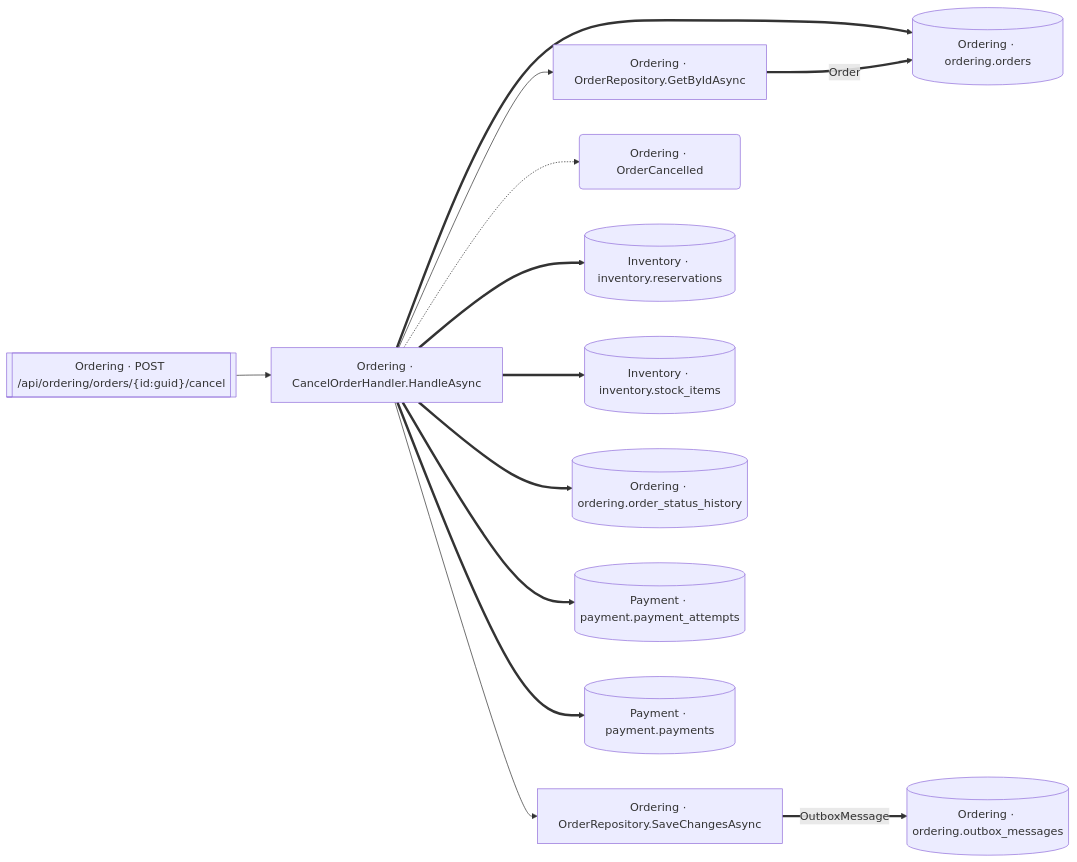
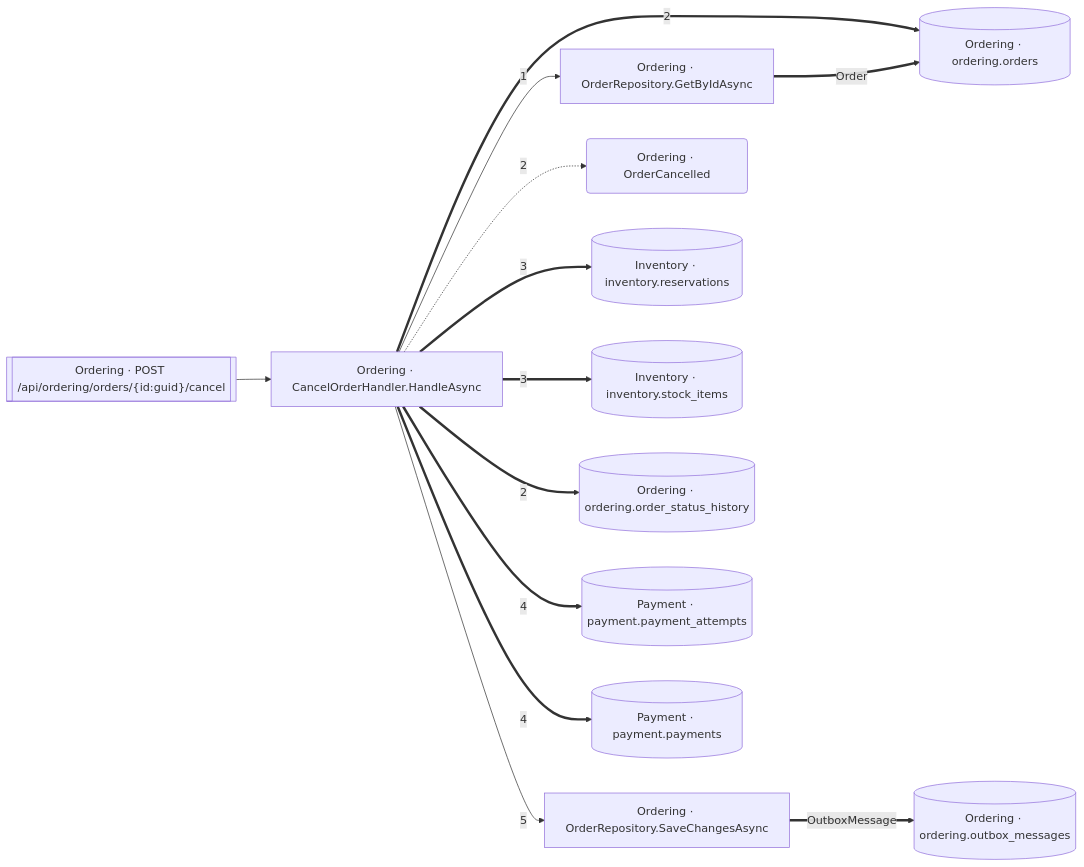
Before and after one commit to onurnafiguzel/FlowLens: the diagram in out/flows/post-api-ordering-orders-id-guid-cancel.md, drawn with Mermaid. The commit also changed other lines of this file and 28 other files, not shown here.

Commit message:
feat(graph): record call sites on CALLS edges and feat(docs): order sibling edges by source position, number call sites and docs: regenerate site with source-ordered flow diagrams

````diff
--- a/out/flows/post-api-ordering-orders-id-guid-cancel.md
+++ b/out/flows/post-api-ordering-orders-id-guid-cancel.md
@@ -7,28 +7,28 @@
 ```mermaid
 flowchart LR
   n0["Ordering · CancelOrderHandler.HandleAsync"]
   n1["Ordering · OrderRepository.GetByIdAsync"]
   n2["Ordering · OrderRepository.SaveChangesAsync"]
   n3[["Ordering · POST /api/ordering/orders/{id:guid}/cancel"]]
   n4("Ordering · OrderCancelled")
   n5[("Inventory · inventory.reservations")]
   n6[("Inventory · inventory.stock_items")]
   n7[("Ordering · ordering.order_status_history")]
   n8[("Ordering · ordering.orders")]
   n9[("Ordering · ordering.outbox_messages")]
   n10[("Payment · payment.payment_attempts")]
   n11[("Payment · payment.payments")]
 
-  n0 --> n1
-  n0 --> n2
-  n0 -.-> n4
-  n0 ==> n5
-  n0 ==> n6
-  n0 ==> n7
-  n0 ==> n8
-  n0 ==> n10
-  n0 ==> n11
+  n0 -->|"1"| n1
+  n0 -.->|"2"| n4
+  n0 ==>|"2"| n7
+  n0 ==>|"2"| n8
+  n0 ==>|"3"| n5
+  n0 ==>|"3"| n6
+  n0 ==>|"4"| n10
+  n0 ==>|"4"| n11
+  n0 -->|"5"| n2
   n1 ==>|"Order"| n8
   n2 ==>|"OutboxMessage"| n9
   n3 --> n0
 ```
````
